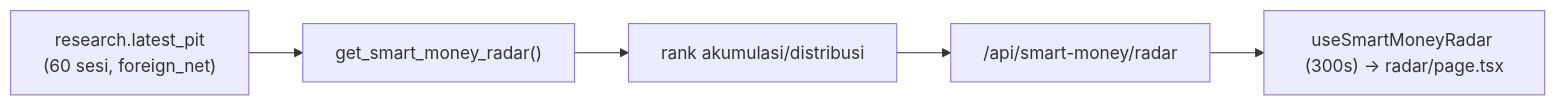
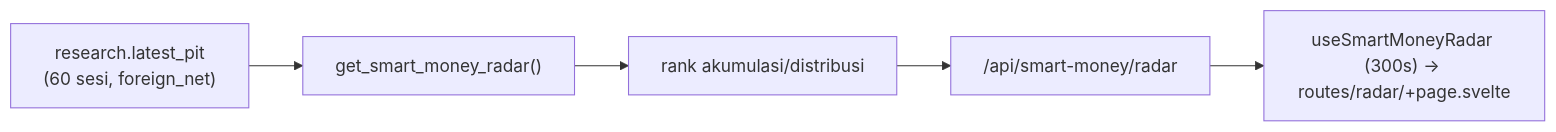
Before and after one commit to faizalajiw/idx-web: the third of 7 diagrams in docs/README.md, drawn with Mermaid. The commit also changed other lines of this file and 30 other files, not shown here.

````diff
--- a/docs/README.md
+++ b/docs/README.md
@@ -122,7 +120,7 @@
 ```mermaid
 flowchart LR
     A["research.latest_pit<br/>(60 sesi, foreign_net)"] --> B["get_smart_money_radar()"]
     B --> C["rank akumulasi/distribusi"]
     C --> D["/api/smart-money/radar"]
-    D --> E["useSmartMoneyRadar (300s) → radar/page.tsx"]
+    D --> E["useSmartMoneyRadar (300s) → routes/radar/+page.svelte"]
 ```
````
